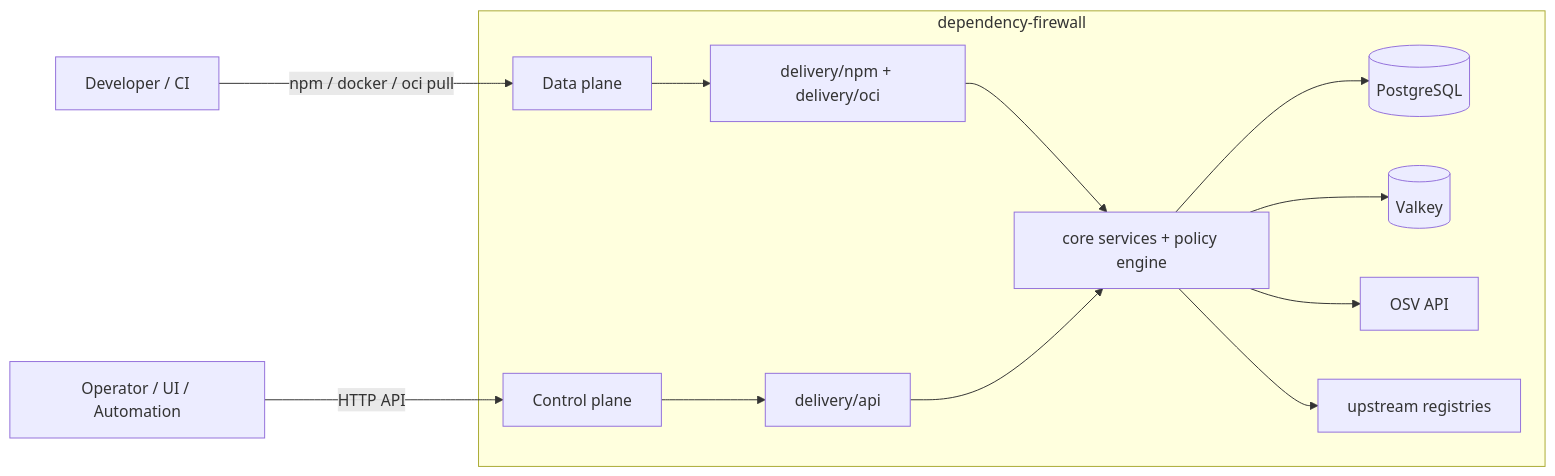
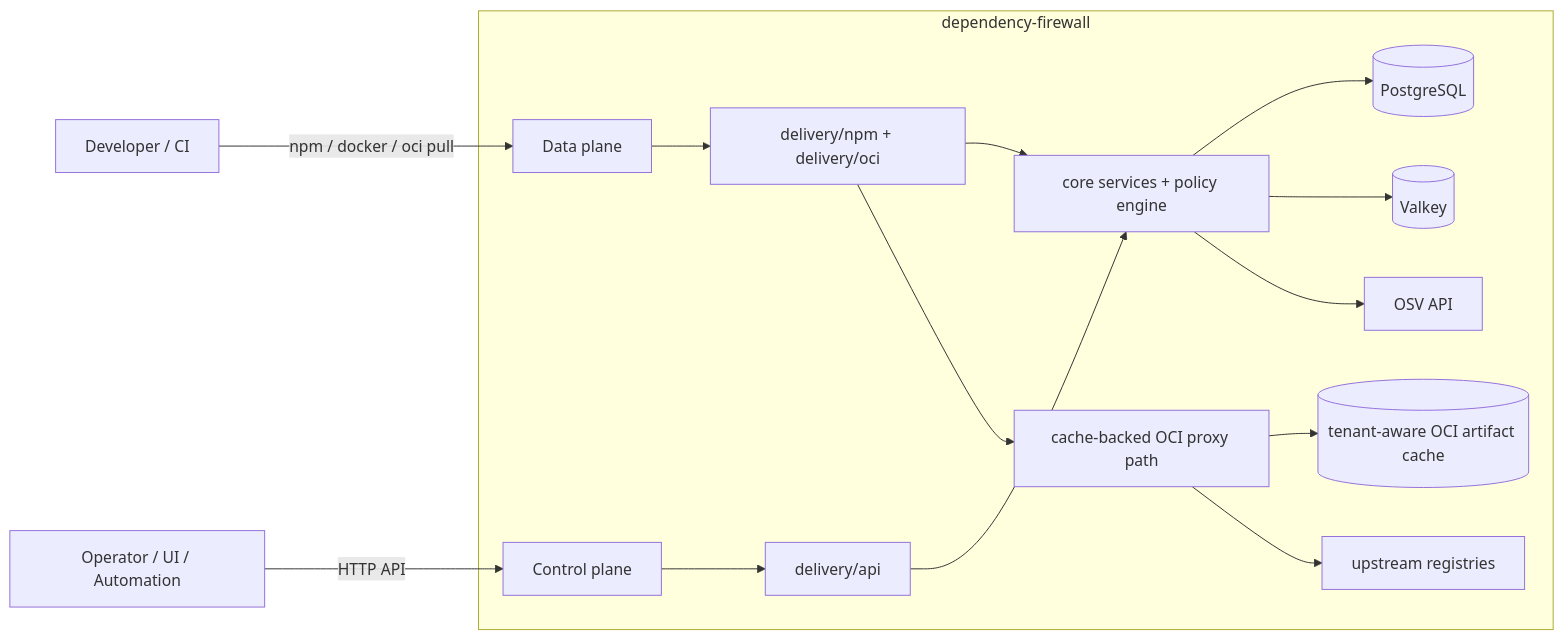
One commit to terrpan/dependency-firewall changed the first of 4 diagrams in docs/architecture.md. Above: the diagram before and after it, drawn with Mermaid. The commit also changed other lines of this file and 49 other files, not shown here.

Commit message:
Add tenant-aware OCI caching and control-plane improvements

````diff
--- a/docs/architecture.md
+++ b/docs/architecture.md
@@ -21,19 +22,21 @@
 ```mermaid
 flowchart LR
     developer[Developer / CI]
     operator[Operator / UI / Automation]
 
     developer -->|npm / docker / oci pull| dataplane[Data plane]
     operator -->|HTTP API| controlplane[Control plane]
 
     subgraph firewall[dependency-firewall]
         dataplane --> deliveryProxy[delivery/npm + delivery/oci]
         controlplane --> deliveryAPI[delivery/api]
         deliveryProxy --> core[core services + policy engine]
+        deliveryProxy --> ociProxy[cache-backed OCI proxy path]
         deliveryAPI --> core
         core --> postgres[(PostgreSQL)]
         core --> valkey[(Valkey)]
+        ociProxy --> ociCache[(tenant-aware OCI artifact cache)]
         core --> osv[OSV API]
-        core --> upstreams[upstream registries]
+        ociProxy --> upstreams[upstream registries]
     end
 ```
````
